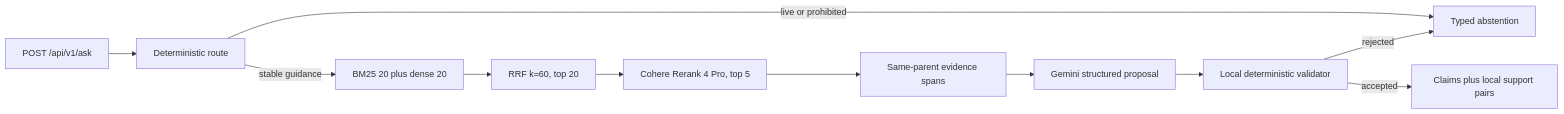
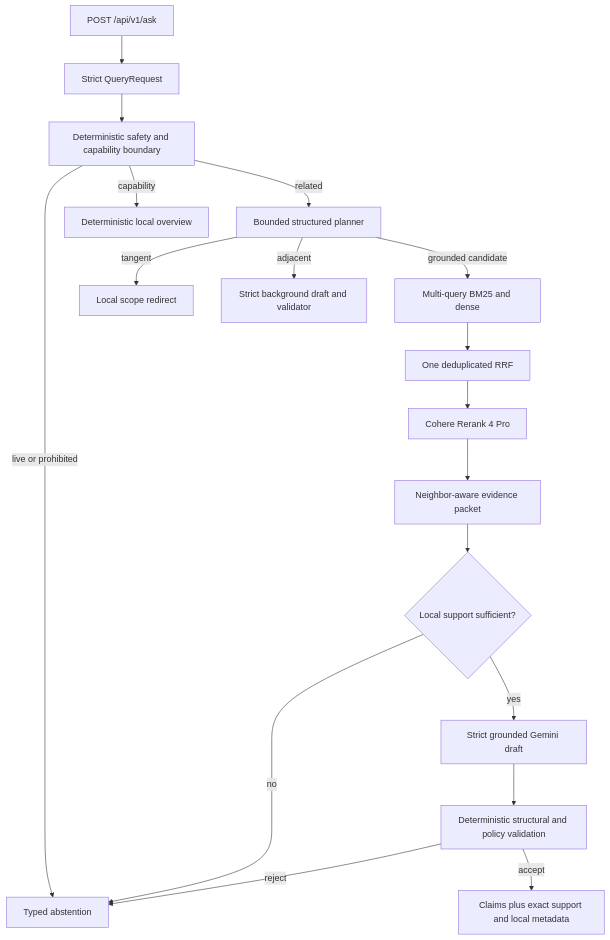
One commit to yusenrong46-afk/firelens-bc changed the diagram in docs/TECHNICAL_HANDBOOK.md. Above: the diagram before and after it, drawn with Mermaid. The commit also changed other lines of this file and 53 other files, not shown here.

Commit message:
feat: add conversational evidence modes and multi-query RAG

````diff
--- a/docs/TECHNICAL_HANDBOOK.md
+++ b/docs/TECHNICAL_HANDBOOK.md
@@ -22,13 +49,20 @@
 ```mermaid
-flowchart LR
-    Q["POST /api/v1/ask"] --> R["Deterministic route"]
-    R -->|"live or prohibited"| A["Typed abstention"]
-    R -->|"stable guidance"| H["BM25 20 plus dense 20"]
-    H --> F["RRF k=60, top 20"]
-    F --> X["Cohere Rerank 4 Pro, top 5"]
-    X --> E["Same-parent evidence spans"]
-    E --> G["Gemini structured proposal"]
-    G --> V["Local deterministic validator"]
-    V -->|"accepted"| O["Claims plus local support pairs"]
-    V -->|"rejected"| A
+flowchart TD
+    HTTP["POST /api/v1/ask"] --> CONTRACT["Strict QueryRequest"]
+    CONTRACT --> BOUNDARY["Deterministic safety and capability boundary"]
+    BOUNDARY -->|"live or prohibited"| ABSTAIN["Typed abstention"]
+    BOUNDARY -->|"capability"| LOCAL["Deterministic local overview"]
+    BOUNDARY -->|"related"| PLAN["Bounded structured planner"]
+    PLAN -->|"tangent"| REDIRECT["Local scope redirect"]
+    PLAN -->|"adjacent"| BG["Strict background draft and validator"]
+    PLAN -->|"grounded candidate"| RETRIEVE["Multi-query BM25 and dense"]
+    RETRIEVE --> RRF["One deduplicated RRF"]
+    RRF --> RERANK["Cohere Rerank 4 Pro"]
+    RERANK --> PACKET["Neighbor-aware evidence packet"]
+    PACKET --> SUPPORT{"Local support sufficient?"}
+    SUPPORT -->|"no"| ABSTAIN
+    SUPPORT -->|"yes"| DRAFT["Strict grounded Gemini draft"]
+    DRAFT --> VALIDATE["Deterministic structural and policy validation"]
+    VALIDATE -->|"reject"| ABSTAIN
+    VALIDATE -->|"accept"| RESPONSE["Claims plus exact support and local metadata"]
 ```
````
